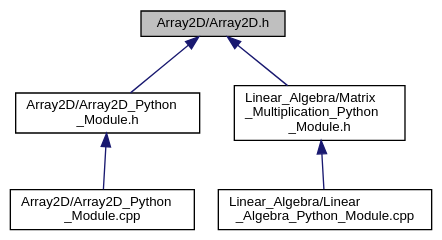
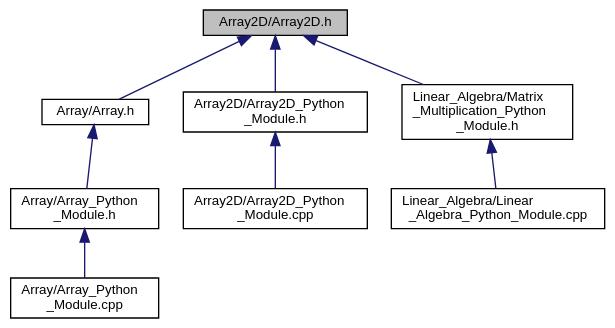
Before and after one commit to OsmanAEG/PySYCL: the diagram in docs/PySYCL_doxygen_html/_array2_d_8h__dep__incl.dot, drawn with Graphviz. The commit also changed 160 other files, not shown here.

```diff
--- a/docs/PySYCL_doxygen_html/_array2_d_8h__dep__incl.dot
+++ b/docs/PySYCL_doxygen_html/_array2_d_8h__dep__incl.dot
@@ -1,17 +1,23 @@
 digraph "Array2D/Array2D.h"
 {
  // INTERACTIVE_SVG=YES
  // LATEX_PDF_SIZE
   bgcolor="transparent";
   edge [fontname="Helvetica",fontsize="10",labelfontname="Helvetica",labelfontsize="10"];
   node [fontname="Helvetica",fontsize="10",shape=record];
   Node1 [label="Array2D/Array2D.h",height=0.2,width=0.4,color="black", fillcolor="grey75", style="filled", fontcolor="black",tooltip="Array2D in PySYCL."];
   Node1 -> Node2 [dir="back",color="midnightblue",fontsize="10",style="solid",fontname="Helvetica"];
-  Node2 [label="Array2D/Array2D_Python\l_Module.h",height=0.2,width=0.4,color="black",URL="$_array2_d___python___module_8h.html",tooltip="Python module for an array_2d object in PySYCL."];
+  Node2 [label="Array/Array.h",height=0.2,width=0.4,color="black",URL="$_array_8h.html",tooltip="Array in PySYCL."];
   Node2 -> Node3 [dir="back",color="midnightblue",fontsize="10",style="solid",fontname="Helvetica"];
-  Node3 [label="Array2D/Array2D_Python\l_Module.cpp",height=0.2,width=0.4,color="black",URL="$_array2_d___python___module_8cpp.html",tooltip="Python module for array_2d in PySYCL."];
-  Node1 -> Node4 [dir="back",color="midnightblue",fontsize="10",style="solid",fontname="Helvetica"];
-  Node4 [label="Linear_Algebra/Matrix\l_Multiplication_Python\l_Module.h",height=0.2,width=0.4,color="black",URL="$_matrix___multiplication___python___module_8h.html",tooltip="Python module for a matrix multiplication in PySYCL."];
-  Node4 -> Node5 [dir="back",color="midnightblue",fontsize="10",style="solid",fontname="Helvetica"];
-  Node5 [label="Linear_Algebra/Linear\l_Algebra_Python_Module.cpp",height=0.2,width=0.4,color="black",URL="$_linear___algebra___python___module_8cpp.html",tooltip="Python module for linalg in PySYCL."];
+  Node3 [label="Array/Array_Python\l_Module.h",height=0.2,width=0.4,color="black",URL="$_array___python___module_8h.html",tooltip="Python module for an array object in PySYCL."];
+  Node3 -> Node4 [dir="back",color="midnightblue",fontsize="10",style="solid",fontname="Helvetica"];
+  Node4 [label="Array/Array_Python\l_Module.cpp",height=0.2,width=0.4,color="black",URL="$_array___python___module_8cpp.html",tooltip="Python module for array in PySYCL."];
+  Node1 -> Node5 [dir="back",color="midnightblue",fontsize="10",style="solid",fontname="Helvetica"];
+  Node5 [label="Array2D/Array2D_Python\l_Module.h",height=0.2,width=0.4,color="black",URL="$_array2_d___python___module_8h.html",tooltip="Python module for an array_2d object in PySYCL."];
+  Node5 -> Node6 [dir="back",color="midnightblue",fontsize="10",style="solid",fontname="Helvetica"];
+  Node6 [label="Array2D/Array2D_Python\l_Module.cpp",height=0.2,width=0.4,color="black",URL="$_array2_d___python___module_8cpp.html",tooltip="Python module for array_2d in PySYCL."];
+  Node1 -> Node7 [dir="back",color="midnightblue",fontsize="10",style="solid",fontname="Helvetica"];
+  Node7 [label="Linear_Algebra/Matrix\l_Multiplication_Python\l_Module.h",height=0.2,width=0.4,color="black",URL="$_matrix___multiplication___python___module_8h.html",tooltip="Python module for a matrix multiplication in PySYCL."];
+  Node7 -> Node8 [dir="back",color="midnightblue",fontsize="10",style="solid",fontname="Helvetica"];
+  Node8 [label="Linear_Algebra/Linear\l_Algebra_Python_Module.cpp",height=0.2,width=0.4,color="black",URL="$_linear___algebra___python___module_8cpp.html",tooltip="Python module for linalg in PySYCL."];
 }
```
